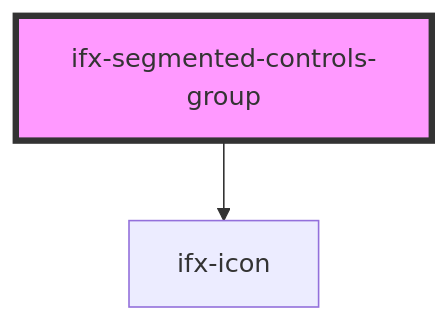
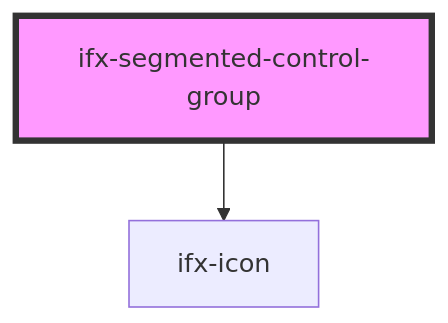
One commit to Infineon/infineon-design-system-stencil changed the diagram in packages/components/src/components/segmented-controls/readme.md. Above: the diagram before and after it, drawn with Mermaid. The commit also changed 7 other files, not shown here.

Commit message:
docs(1416): add segmented controls story

````diff
--- a/packages/components/src/components/segmented-controls/readme.md
+++ b/packages/components/src/components/segmented-controls/readme.md
@@ -32,5 +32,5 @@
 ```mermaid
 graph TD;
-  ifx-segmented-controls-group --> ifx-icon
-  style ifx-segmented-controls-group fill:#f9f,stroke:#333,stroke-width:4px
+  ifx-segmented-control-group --> ifx-icon
+  style ifx-segmented-control-group fill:#f9f,stroke:#333,stroke-width:4px
 ```
````
